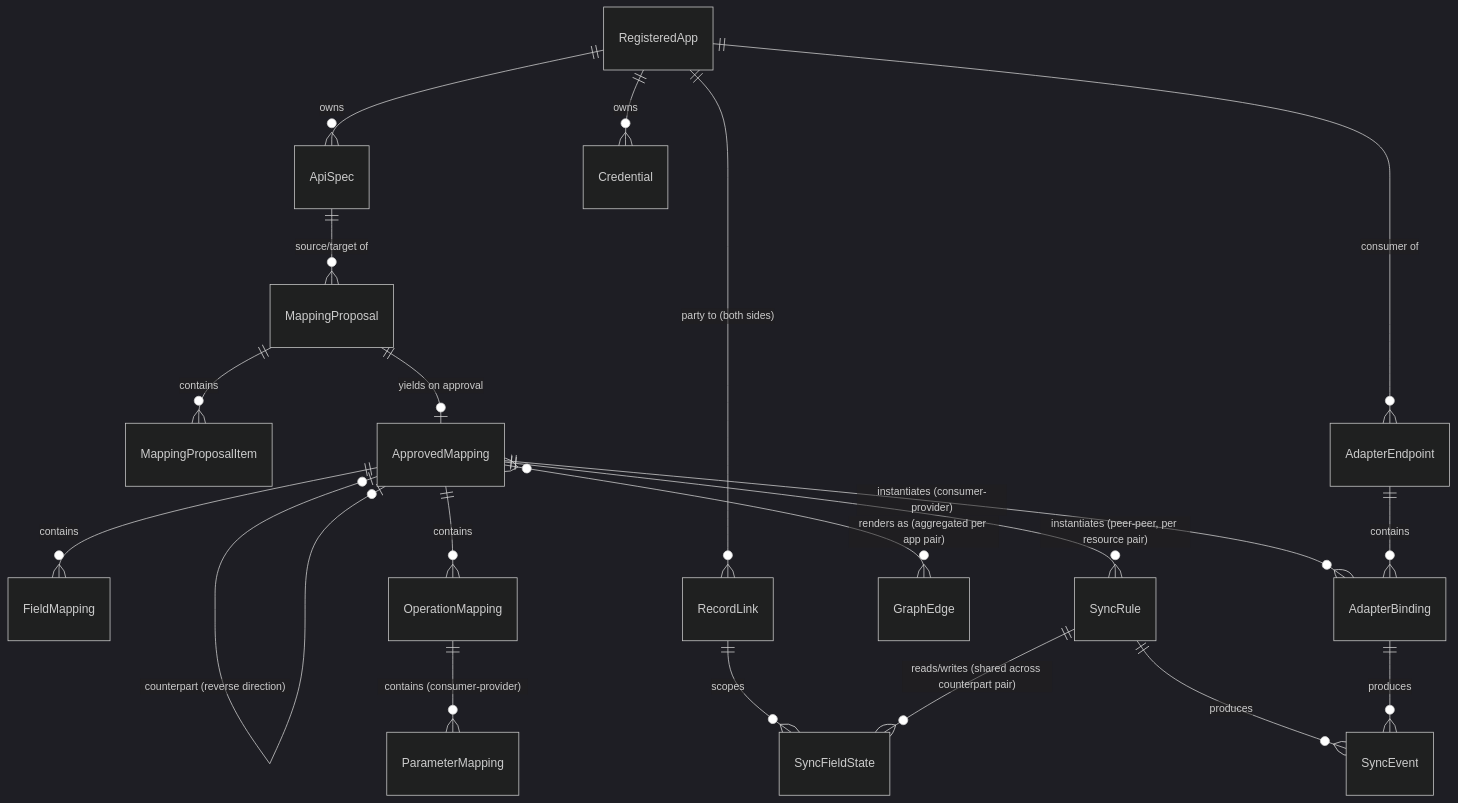
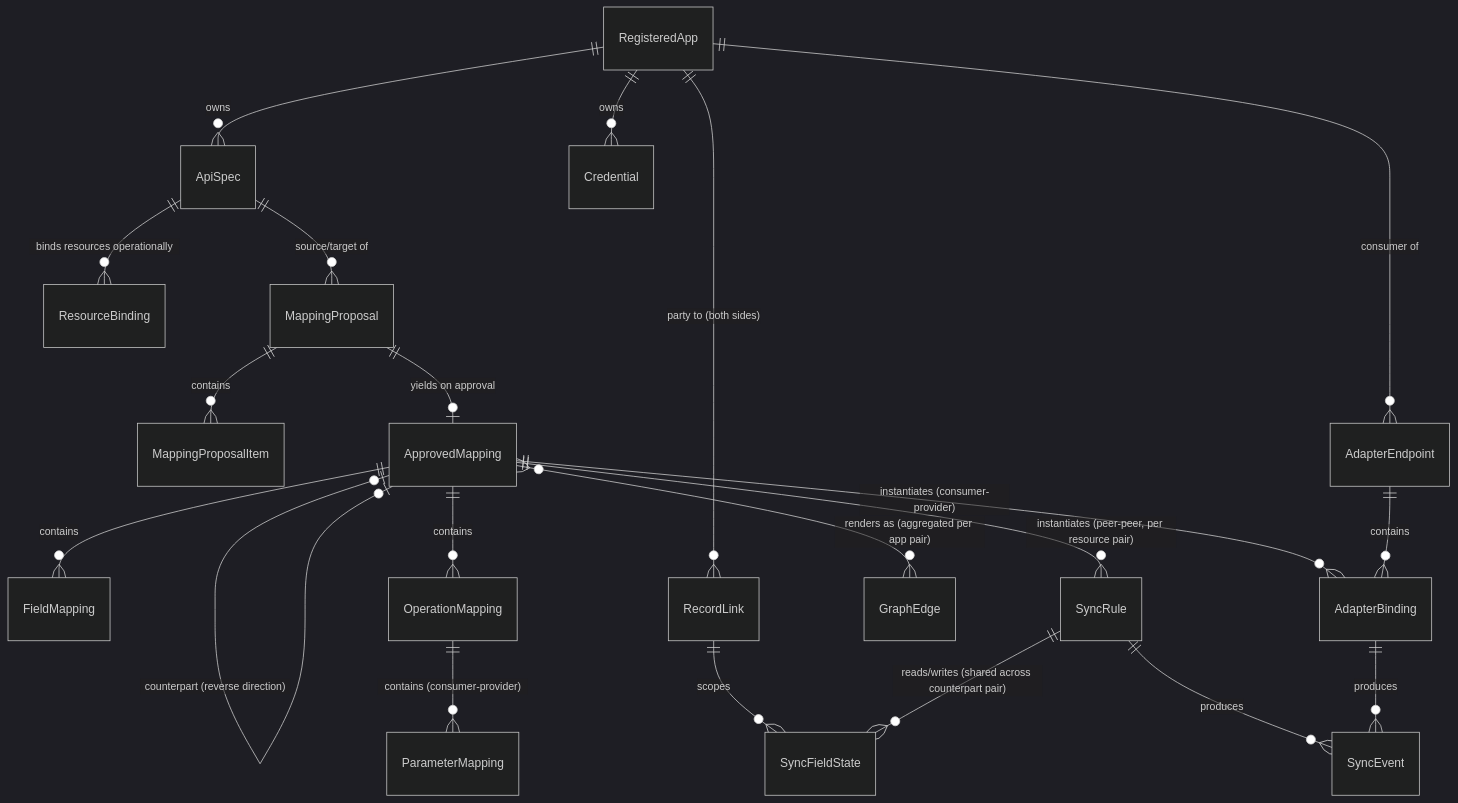
Before and after one commit to geprog/api-mediator: the diagram in docs/architecture/data-model.md, drawn with Mermaid (dark theme). The commit also changed other lines of this file and 9 other files, not shown here.

````diff
--- a/docs/architecture/data-model.md
+++ b/docs/architecture/data-model.md
@@ -168,22 +182,23 @@
 ```mermaid
 erDiagram
     RegisteredApp ||--o{ ApiSpec : owns
     RegisteredApp ||--o{ Credential : owns
+    ApiSpec ||--o{ ResourceBinding : "binds resources operationally"
     ApiSpec ||--o{ MappingProposal : "source/target of"
     MappingProposal ||--o{ MappingProposalItem : contains
     MappingProposal ||--o| ApprovedMapping : "yields on approval"
     ApprovedMapping |o--o| ApprovedMapping : "counterpart (reverse direction)"
     ApprovedMapping ||--o{ FieldMapping : contains
     ApprovedMapping ||--o{ OperationMapping : contains
     OperationMapping ||--o{ ParameterMapping : "contains (consumer-provider)"
     ApprovedMapping ||--o{ SyncRule : "instantiates (peer-peer, per resource pair)"
     ApprovedMapping ||--o{ AdapterBinding : "instantiates (consumer-provider)"
     RegisteredApp ||--o{ RecordLink : "party to (both sides)"
     RecordLink ||--o{ SyncFieldState : scopes
     SyncRule ||--o{ SyncFieldState : "reads/writes (shared across counterpart pair)"
     AdapterEndpoint ||--o{ AdapterBinding : contains
     RegisteredApp ||--o{ AdapterEndpoint : "consumer of"
     ApprovedMapping }o--o{ GraphEdge : "renders as (aggregated per app pair)"
     SyncRule ||--o{ SyncEvent : produces
     AdapterBinding ||--o{ SyncEvent : produces
 ```
````
